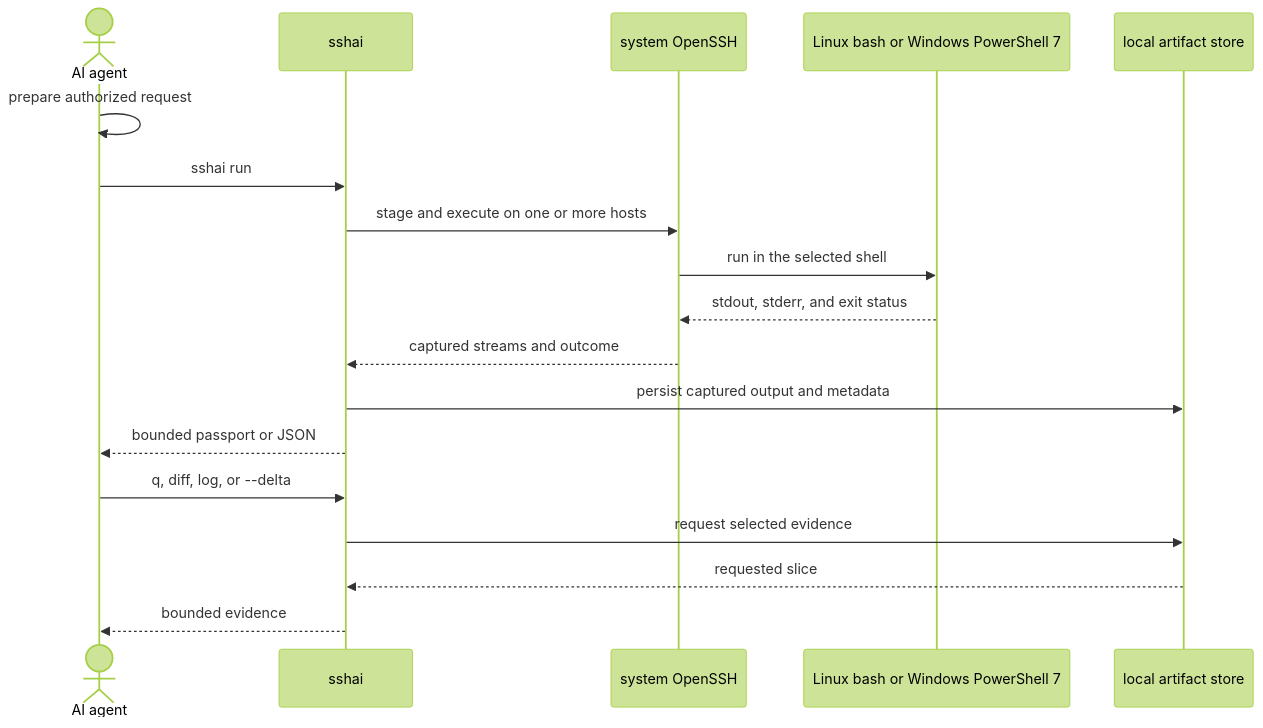
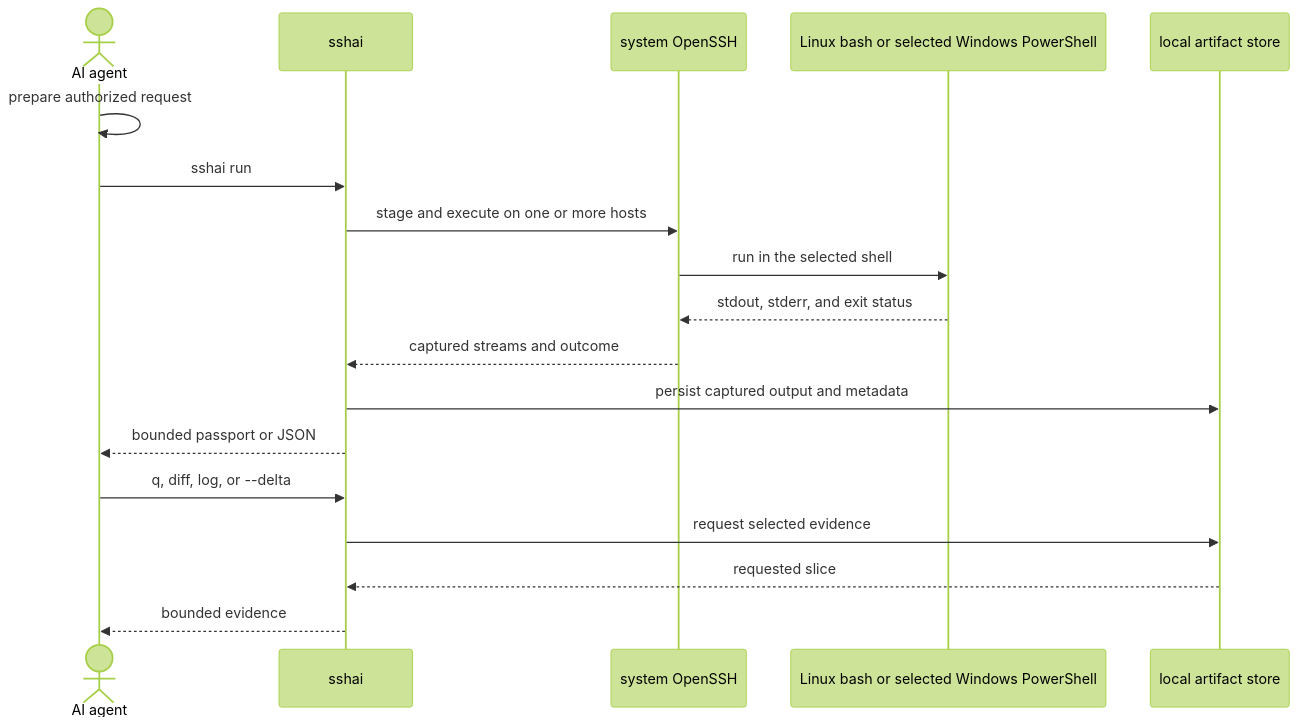
One commit to aprudkin/sshai changed the diagram in assets/readme/architecture.mmd. Above: the diagram before and after it, drawn with Mermaid (forest theme). The commit also changed 27 other files, not shown here.

Commit message:
feat: add scoped SSH controls and PowerShell selection

```diff
--- a/assets/readme/architecture.mmd
+++ b/assets/readme/architecture.mmd
@@ -1,19 +1,19 @@
 sequenceDiagram
     actor Agent as AI agent
     participant CLI as sshai
     participant SSH as system OpenSSH
-    participant Host as Linux bash or Windows PowerShell 7
+    participant Host as Linux bash or selected Windows PowerShell
     participant Store as local artifact store
 
     Agent->>Agent: prepare authorized request
     Agent->>CLI: sshai run
     CLI->>SSH: stage and execute on one or more hosts
     SSH->>Host: run in the selected shell
     Host-->>SSH: stdout, stderr, and exit status
     SSH-->>CLI: captured streams and outcome
     CLI->>Store: persist captured output and metadata
     CLI-->>Agent: bounded passport or JSON
     Agent->>CLI: q, diff, log, or --delta
     CLI->>Store: request selected evidence
     Store-->>CLI: requested slice
     CLI-->>Agent: bounded evidence
```
